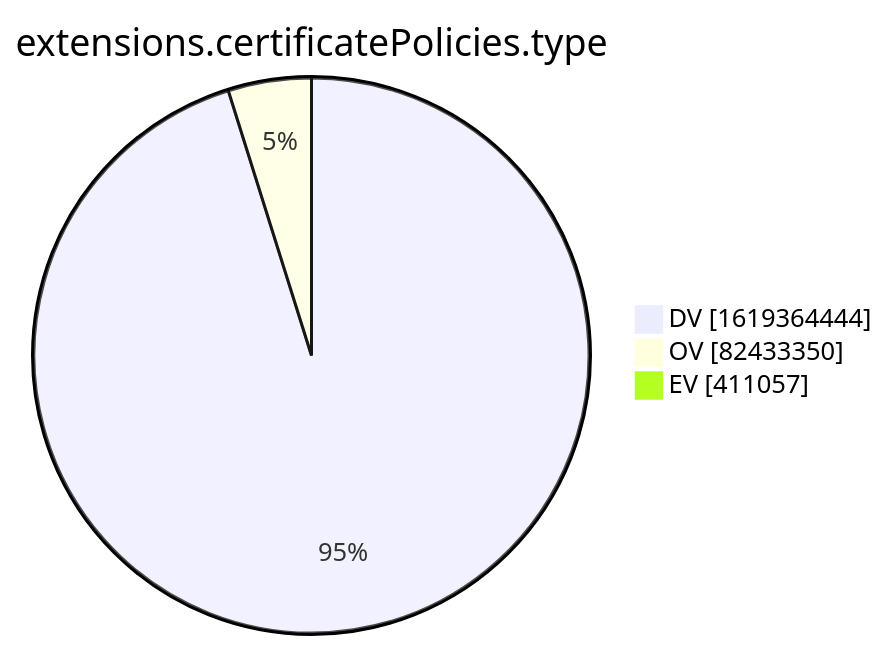
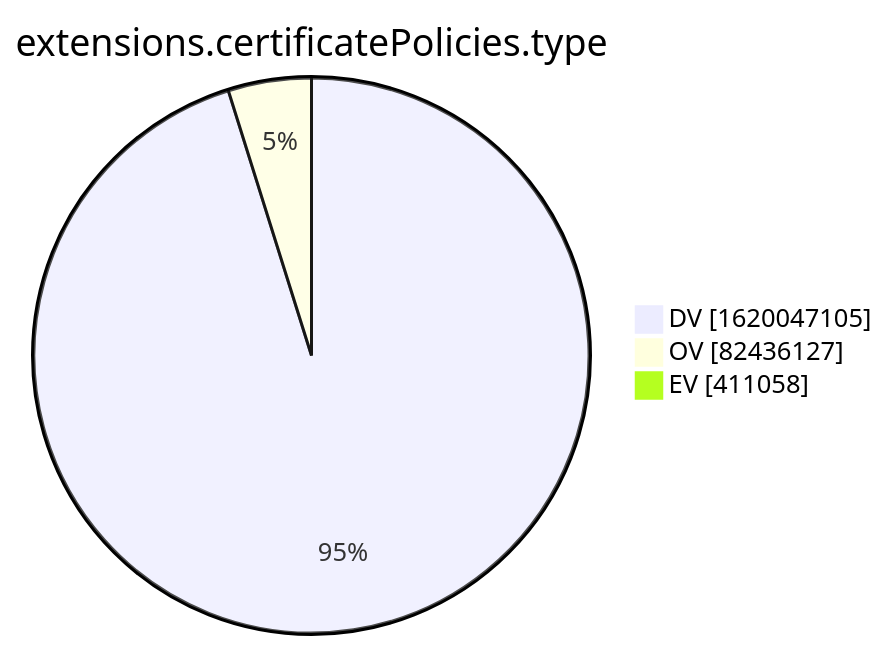
Before and after one commit to christiankrug/ctmonitor_visualization: the tenth of 15 diagrams in xenon2022/README.md, drawn with Mermaid. The commit also changed other lines of this file, not shown here.

````diff
--- a/xenon2022/README.md
+++ b/xenon2022/README.md
@@ -2878,7 +2878,7 @@
 ```mermaid
 pie showData
 title extensions.certificatePolicies.type
-"DV" :1619364444
-"OV" :82433350
-"EV" :411057
+"DV" :1620047105
+"OV" :82436127
+"EV" :411058
 ```
````
